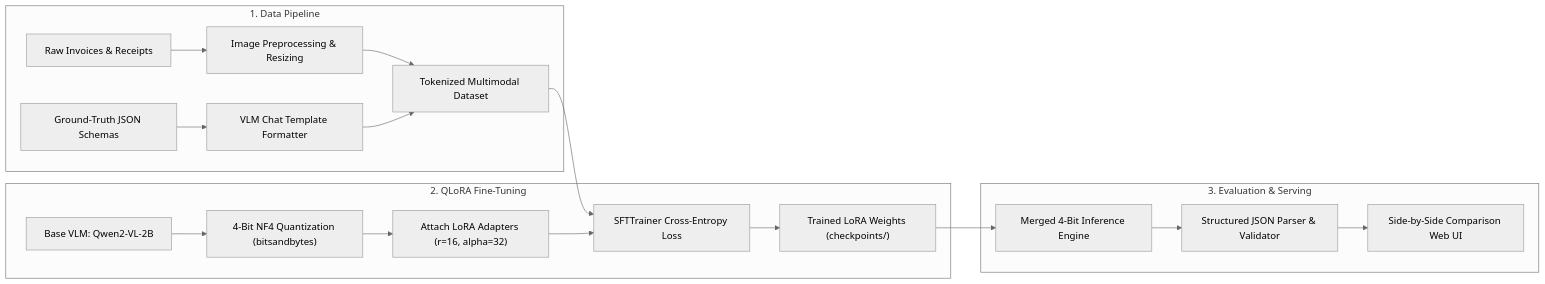
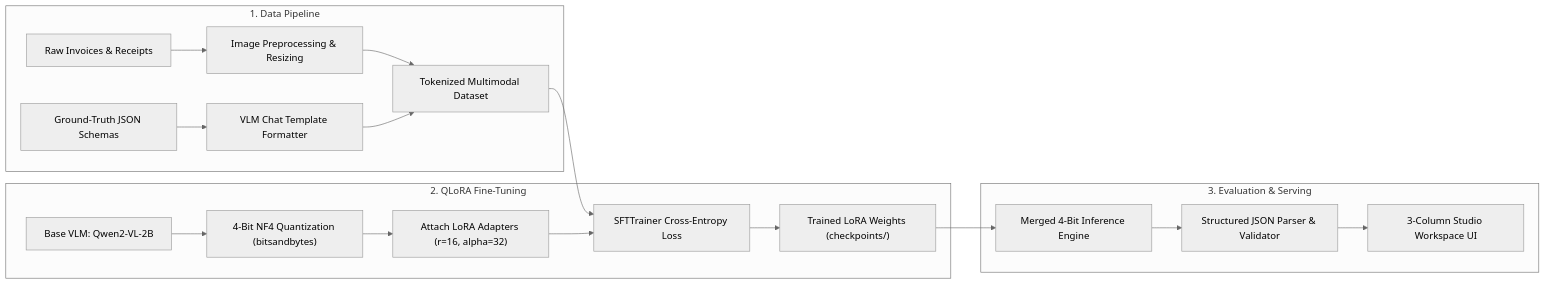
The diagram in README.md (Sameer45-Ali/doc-vlm-qlora), drawn with Mermaid (neutral theme) before and after one commit. The commit also changed other lines of this file, not shown here.

````diff
--- a/README.md
+++ b/README.md
@@ -25,23 +25,23 @@
 ```mermaid
 flowchart LR
     subgraph Data["1. Data Pipeline"]
         A["Raw Invoices & Receipts"] --> B["Image Preprocessing & Resizing"]
         C["Ground-Truth JSON Schemas"] --> D["VLM Chat Template Formatter"]
         B --> E["Tokenized Multimodal Dataset"]
         D --> E
     end
 
     subgraph Training["2. QLoRA Fine-Tuning"]
         F["Base VLM: Qwen2-VL-2B"] --> G["4-Bit NF4 Quantization (bitsandbytes)"]
         G --> H["Attach LoRA Adapters (r=16, alpha=32)"]
         E --> I["SFTTrainer Cross-Entropy Loss"]
         H --> I
         I --> J["Trained LoRA Weights (checkpoints/)"]
     end
 
     subgraph Inference["3. Evaluation & Serving"]
         J --> K["Merged 4-Bit Inference Engine"]
         K --> L["Structured JSON Parser & Validator"]
-        L --> M["Side-by-Side Comparison Web UI"]
+        L --> M["3-Column Studio Workspace UI"]
     end
 ```
````
